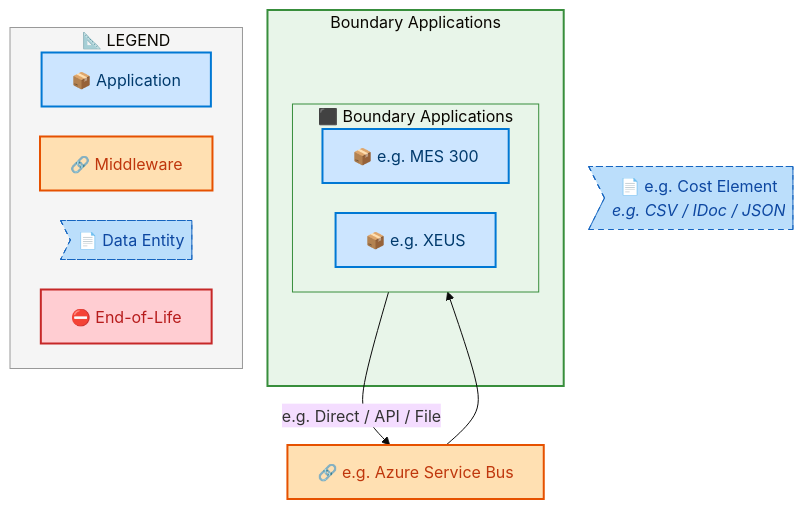
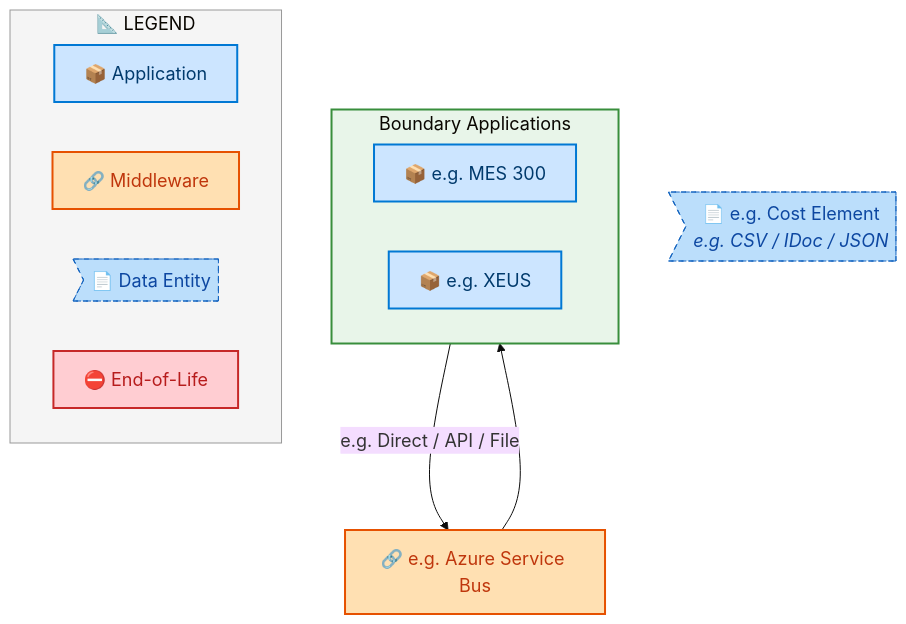
The fourth of 7 diagrams in towers/E2E/Procure to Pay/E2E-59/output/docs/systems-architecture/E2E-59-Architecture.md (sajivfrancis777/IAO-Architecture), drawn with Mermaid before and after one commit. The commit also changed other lines of this file and 251 other files, not shown here.

````diff
--- a/towers/E2E/Procure to Pay/E2E-59/output/docs/systems-architecture/E2E-59-Architecture.md
+++ b/towers/E2E/Procure to Pay/E2E-59/output/docs/systems-architecture/E2E-59-Architecture.md
@@ -388,40 +388,37 @@
 ```mermaid
-%%{init: {"theme": "base", "securityLevel": "loose", "themeVariables": {"fontSize": "16px", "fontFamily": "Segoe UI, Arial, sans-serif"}, "flowchart": {"useMaxWidth": false, "htmlLabels": true, "nodeSpacing": 30, "rankSpacing": 35}} }%%
+%%{init: {"theme": "base", "securityLevel": "loose", "themeVariables": {"fontSize": "18px", "fontFamily": "Segoe UI, Arial, sans-serif"}, "flowchart": {"useMaxWidth": false, "htmlLabels": true, "nodeSpacing": 50, "rankSpacing": 60}} }%%
 flowchart TB
     %% -- ArchiMate 3.2 + Azure style classes --
     classDef business      fill:#FFFFB3,stroke:#F9A825,stroke-width:2px,color:#000
     classDef app           fill:#CCE5FF,stroke:#0078D4,stroke-width:2px,color:#003A6C
     classDef data          fill:#BBDEFB,stroke:#1565C0,stroke-width:1px,color:#0D47A1,stroke-dasharray: 5 5
     classDef middleware    fill:#FFE0B2,stroke:#E65100,stroke-width:2px,color:#BF360C
     classDef eol           fill:#FFCDD2,stroke:#C62828,stroke-width:2px,color:#B71C1C
     classDef saas          fill:#E1BEE7,stroke:#7B1FA2,stroke-width:2px,color:#4A148C
     classDef cloud         fill:#BBDEFB,stroke:#1565C0,stroke-width:2px,color:#0D47A1
     classDef onprem        fill:#C8E6C9,stroke:#2E7D32,stroke-width:2px,color:#1B5E20
 
-    subgraph E2E59CT_Boundary_Applications["Boundary Applications"]
-        subgraph E2E59CLN_Boundary_Applications[" ⬛ Boundary Applications"]
-            direction LR
-            E2E59C_e_g_MES_300["📦 e.g. MES 300"]:::app
-            E2E59C_e_g_XEUS["📦 e.g. XEUS"]:::app
-        end
+    subgraph E2E59CLN_Boundary_Applications[" Boundary Applications"]
+        direction LR
+        E2E59C_e_g_MES_300["📦 e.g. MES 300"]:::app
+        E2E59C_e_g_XEUS["📦 e.g. XEUS"]:::app
     end
 
     E2E59CMW_e_g_Azure_Service_Bus["🔗 e.g. Azure Service Bus"]:::middleware
     E2E59CDE_e_g_Cost_Element>"📄 e.g. Cost Element<br/><i>e.g. CSV / IDoc / JSON</i>"]:::data
 
     E2E59C_e_g_MES_300 -->|"e.g. Direct / API / File"| E2E59CMW_e_g_Azure_Service_Bus
     E2E59CMW_e_g_Azure_Service_Bus --> E2E59C_e_g_XEUS
 
 
-    style E2E59CT_Boundary_Applications fill:#E8F5E9,stroke:#388E3C,stroke-width:2px
-    style E2E59CLN_Boundary_Applications fill:#E8F5E9,stroke:#388E3C,stroke-width:1px
+    style E2E59CLN_Boundary_Applications fill:#E8F5E9,stroke:#388E3C,stroke-width:2px
 
     subgraph Legend["📐 LEGEND"]
         direction LR
         L_APP["📦 Application"]:::app
         L_MW["🔗 Middleware"]:::middleware
         L_DE>"📄 Data Entity"]:::data
         L_EOL["⛔ End-of-Life"]:::eol
     end
     style Legend fill:#F5F5F5,stroke:#999,stroke-width:1px
 ```
````
